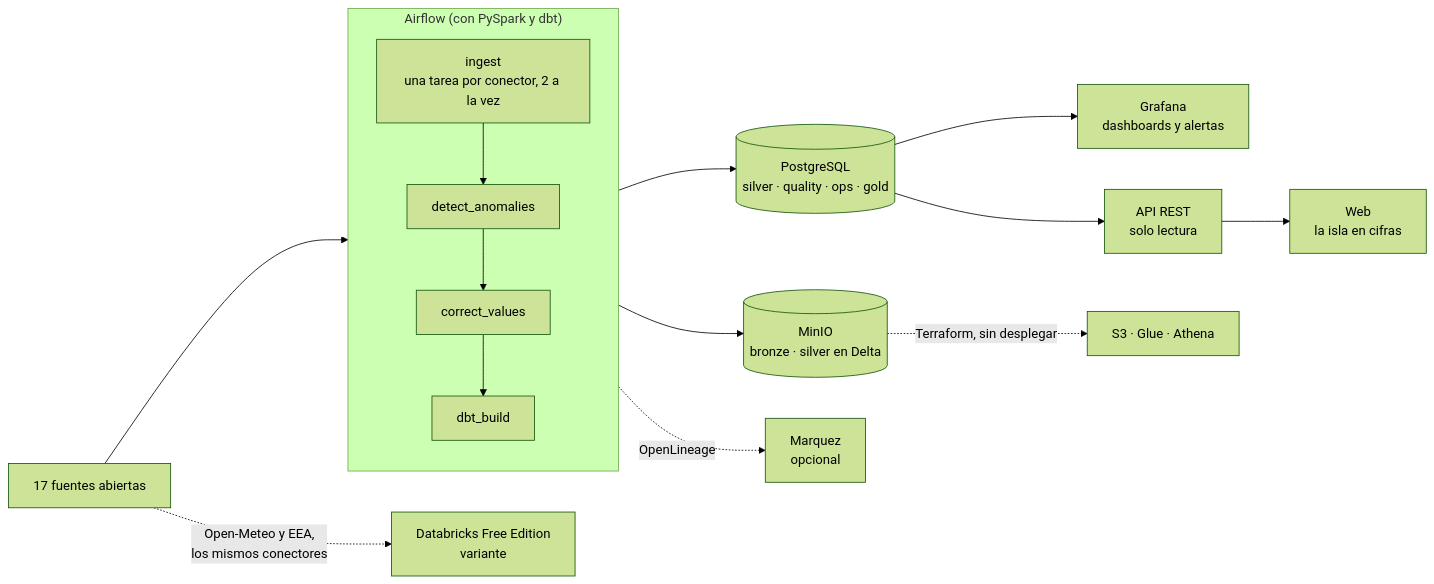
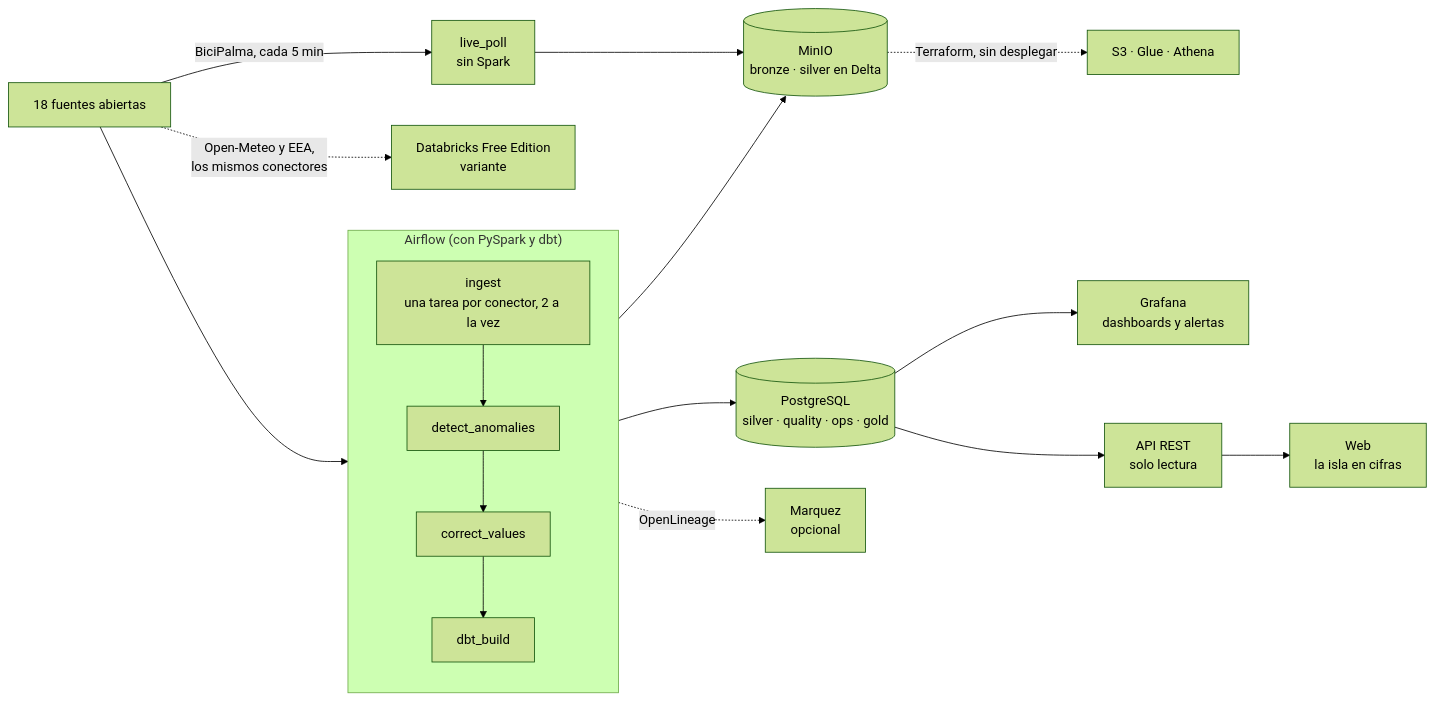
One commit to AlexandreColl/MallorcaDataPlatform changed the first of 2 diagrams in docs/architecture.md. Above: the diagram before and after it, drawn with Mermaid (forest theme). The commit also changed other lines of this file and 79 other files, not shown here.

Commit message:
✨ feat(connector): add the live bikes of BiciPalma

````diff
--- a/docs/architecture.md
+++ b/docs/architecture.md
@@ -28,15 +28,16 @@
 ```mermaid
 flowchart LR
-    SRC["17 fuentes abiertas"] --> AF
+    SRC["18 fuentes abiertas"] --> AF
     subgraph AF["Airflow (con PySpark y dbt)"]
         direction TB
         ING["ingest<br/>una tarea por conector, 2 a la vez"] --> DET[detect_anomalies] --> COR[correct_values] --> DBT[dbt_build]
     end
     AF --> MINIO[("MinIO<br/>bronze · silver en Delta")]
+    SRC -->|"BiciPalma, cada 5 min"| POLL["live_poll<br/>sin Spark"] --> MINIO
     AF --> PG[("PostgreSQL<br/>silver · quality · ops · gold")]
     PG --> GF["Grafana<br/>dashboards y alertas"]
     PG --> API["API REST<br/>solo lectura"] --> WEB["Web<br/>la isla en cifras"]
     AF -.->|OpenLineage| MQ["Marquez<br/>opcional"]
     MINIO -.->|"Terraform, sin desplegar"| AWS["S3 · Glue · Athena"]
     SRC -.->|"Open-Meteo y EEA,<br/>los mismos conectores"| DBX["Databricks Free Edition<br/>variante"]
 ```
````
